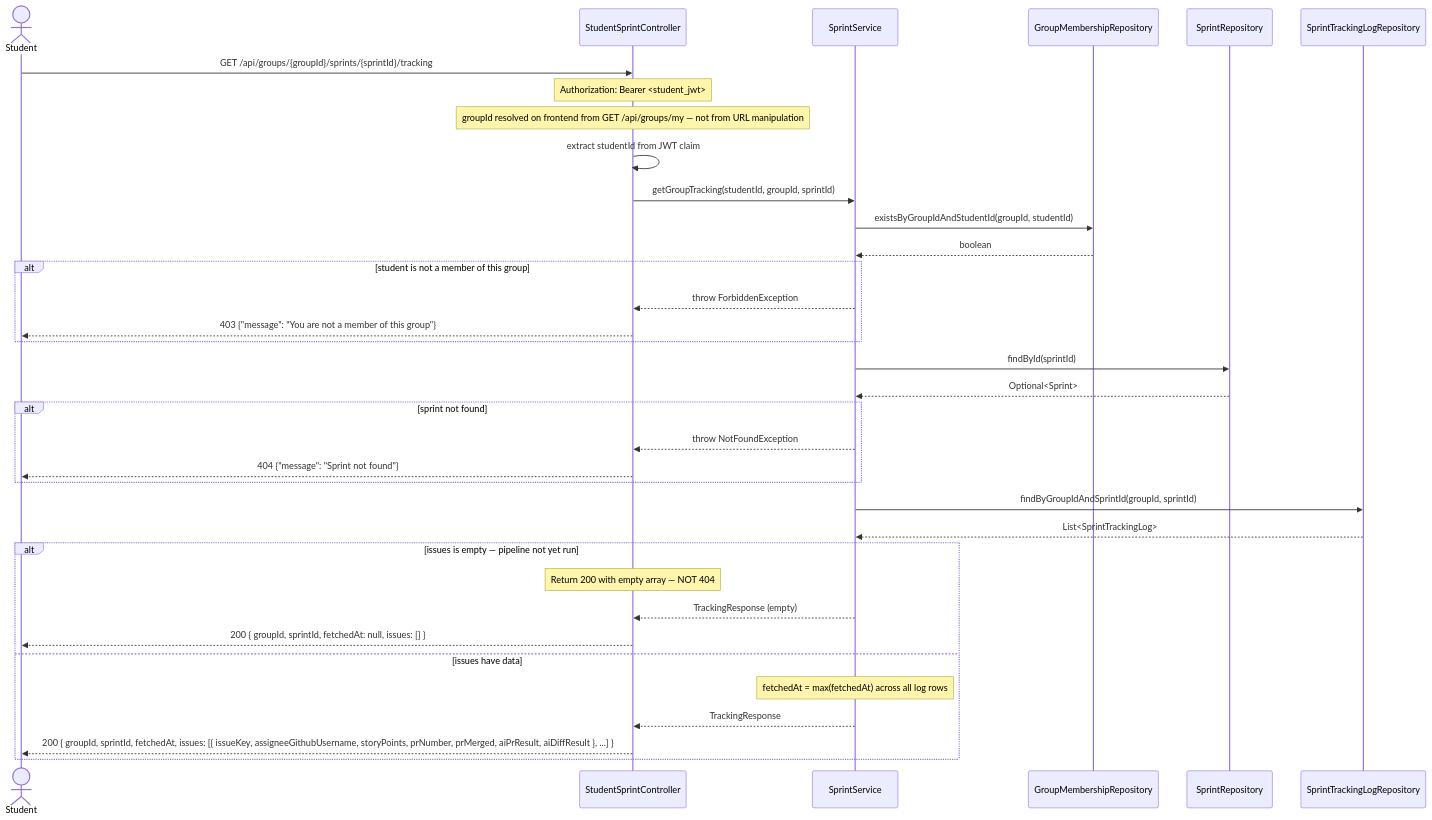
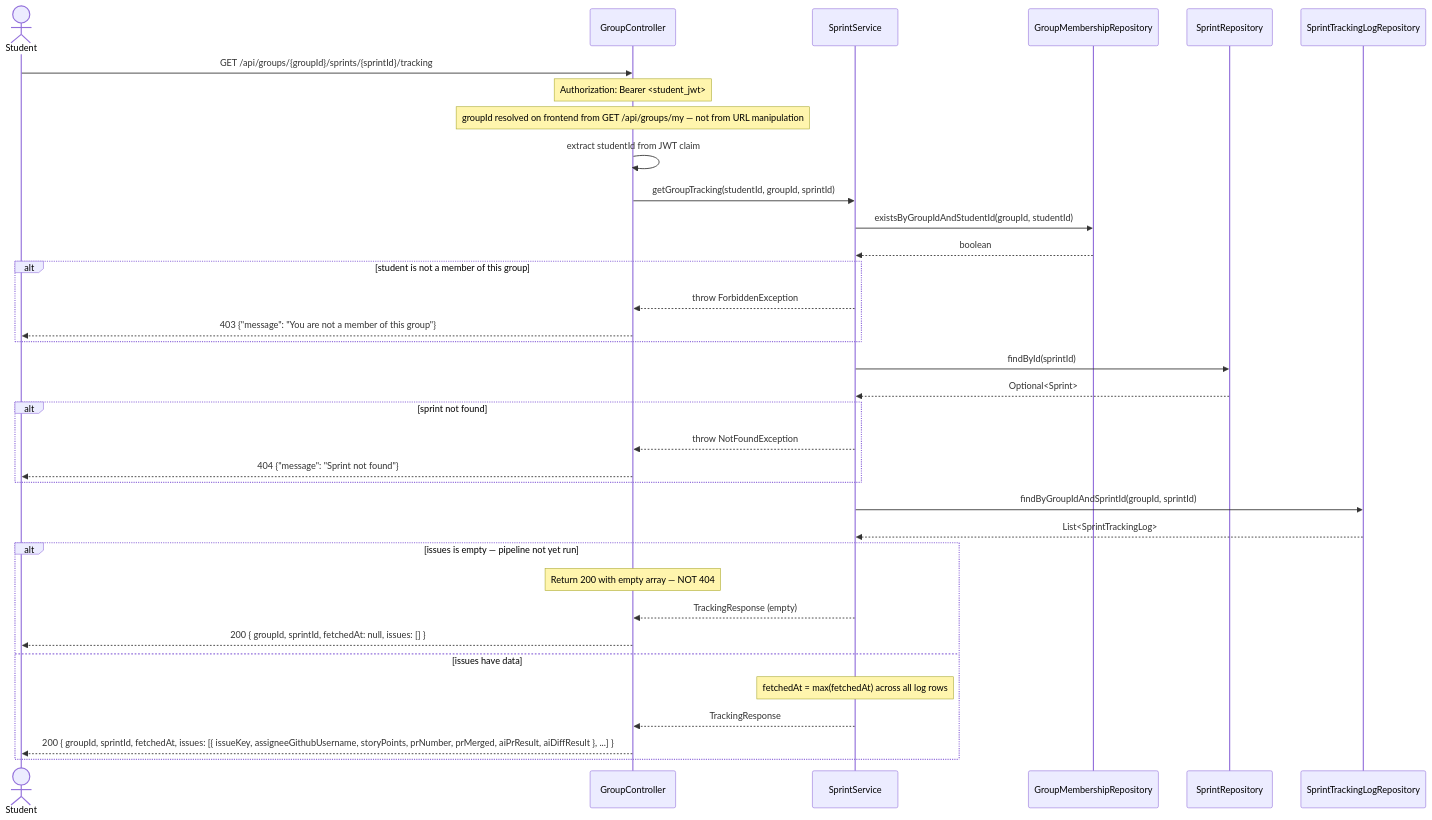
Before and after one commit to SE3318-Spring-2025-2026/senior-app-6: the second of 2 diagrams in docs/process5/sequences/5.6_student_sprint_view.md, drawn with Mermaid. The commit also changed other lines of this file and 4 other files, not shown here.

````diff
--- a/docs/process5/sequences/5.6_student_sprint_view.md
+++ b/docs/process5/sequences/5.6_student_sprint_view.md
@@ -47,47 +48,47 @@
 ```mermaid
 sequenceDiagram
     actor Student
-    participant StudentSprintController
+    participant GroupController
     participant SprintService
     participant GroupMembershipRepository
     participant SprintRepository
     participant SprintTrackingLogRepository
 
-    Student->>StudentSprintController: GET /api/groups/{groupId}/sprints/{sprintId}/tracking
-    Note over StudentSprintController: Authorization: Bearer <student_jwt>
-    Note over StudentSprintController: groupId resolved on frontend from GET /api/groups/my — not from URL manipulation
+    Student->>GroupController: GET /api/groups/{groupId}/sprints/{sprintId}/tracking
+    Note over GroupController: Authorization: Bearer <student_jwt>
+    Note over GroupController: groupId resolved on frontend from GET /api/groups/my — not from URL manipulation
 
-    StudentSprintController->>StudentSprintController: extract studentId from JWT claim
+    GroupController->>GroupController: extract studentId from JWT claim
 
-    StudentSprintController->>SprintService: getGroupTracking(studentId, groupId, sprintId)
+    GroupController->>SprintService: getGroupTracking(studentId, groupId, sprintId)
 
     SprintService->>GroupMembershipRepository: existsByGroupIdAndStudentId(groupId, studentId)
     GroupMembershipRepository-->>SprintService: boolean
 
     alt student is not a member of this group
-        SprintService-->>StudentSprintController: throw ForbiddenException
-        StudentSprintController-->>Student: 403 {"message": "You are not a member of this group"}
+        SprintService-->>GroupController: throw ForbiddenException
+        GroupController-->>Student: 403 {"message": "You are not a member of this group"}
     end
 
     SprintService->>SprintRepository: findById(sprintId)
     SprintRepository-->>SprintService: Optional<Sprint>
 
     alt sprint not found
-        SprintService-->>StudentSprintController: throw NotFoundException
-        StudentSprintController-->>Student: 404 {"message": "Sprint not found"}
+        SprintService-->>GroupController: throw NotFoundException
+        GroupController-->>Student: 404 {"message": "Sprint not found"}
     end
 
     SprintService->>SprintTrackingLogRepository: findByGroupIdAndSprintId(groupId, sprintId)
     SprintTrackingLogRepository-->>SprintService: List<SprintTrackingLog>
 
     alt issues is empty — pipeline not yet run
-        Note over StudentSprintController: Return 200 with empty array — NOT 404
-        SprintService-->>StudentSprintController: TrackingResponse (empty)
-        StudentSprintController-->>Student: 200 { groupId, sprintId, fetchedAt: null, issues: [] }
+        Note over GroupController: Return 200 with empty array — NOT 404
+        SprintService-->>GroupController: TrackingResponse (empty)
+        GroupController-->>Student: 200 { groupId, sprintId, fetchedAt: null, issues: [] }
 
     else issues have data
         Note over SprintService: fetchedAt = max(fetchedAt) across all log rows
-        SprintService-->>StudentSprintController: TrackingResponse
-        StudentSprintController-->>Student: 200 { groupId, sprintId, fetchedAt, issues: [{ issueKey, assigneeGithubUsername, storyPoints, prNumber, prMerged, aiPrResult, aiDiffResult }, ...] }
+        SprintService-->>GroupController: TrackingResponse
+        GroupController-->>Student: 200 { groupId, sprintId, fetchedAt, issues: [{ issueKey, assigneeGithubUsername, storyPoints, prNumber, prMerged, aiPrResult, aiDiffResult }, ...] }
     end
 ```
````
